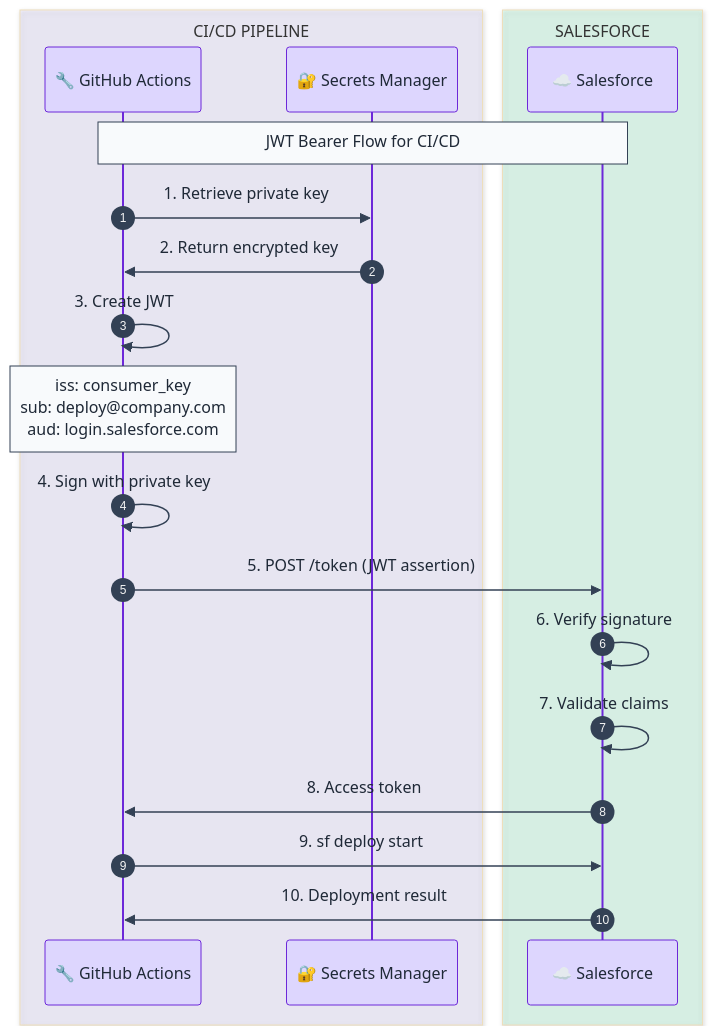
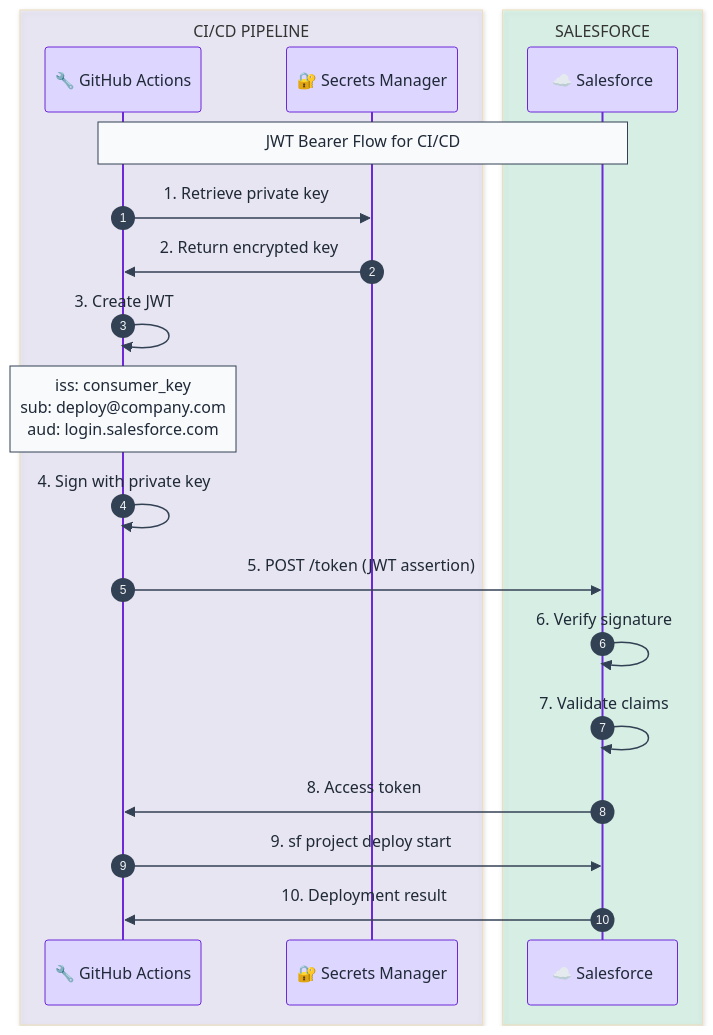
Before and after one commit to DevZonayed/nexalance-skill-jaganpro-sf-skills: the first of 3 diagrams in skills/sf-diagram-mermaid/references/usage-examples.md, drawn with Mermaid. The commit also changed other lines of this file and 31 other files, not shown here.

````diff
--- a/skills/sf-diagram-mermaid/references/usage-examples.md
+++ b/skills/sf-diagram-mermaid/references/usage-examples.md
@@ -18,43 +18,43 @@
 ```mermaid
 %%{init: {'theme': 'base', 'themeVariables': {
   'actorBkg': '#ddd6fe',
   'actorTextColor': '#1f2937',
   'actorBorder': '#6d28d9',
   'signalColor': '#334155',
   'signalTextColor': '#1f2937',
   'noteBkgColor': '#f8fafc',
   'noteTextColor': '#1f2937',
   'noteBorderColor': '#334155'
 }}}%%
 sequenceDiagram
     autonumber
 
     box rgba(221,214,254,0.3) CI/CD PIPELINE
         participant GH as 🔧 GitHub Actions
         participant K as 🔐 Secrets Manager
     end
 
     box rgba(167,243,208,0.3) SALESFORCE
         participant SF as ☁️ Salesforce
     end
 
     Note over GH,SF: JWT Bearer Flow for CI/CD
 
     GH->>K: 1. Retrieve private key
     K->>GH: 2. Return encrypted key
 
     GH->>GH: 3. Create JWT
     Note over GH: iss: consumer_key<br/>sub: deploy@company.com<br/>aud: login.salesforce.com
 
     GH->>GH: 4. Sign with private key
 
     GH->>SF: 5. POST /token (JWT assertion)
 
     SF->>SF: 6. Verify signature
     SF->>SF: 7. Validate claims
 
     SF->>GH: 8. Access token
 
-    GH->>SF: 9. sf deploy start
+    GH->>SF: 9. sf project deploy start
     SF->>GH: 10. Deployment result
 ```
````
